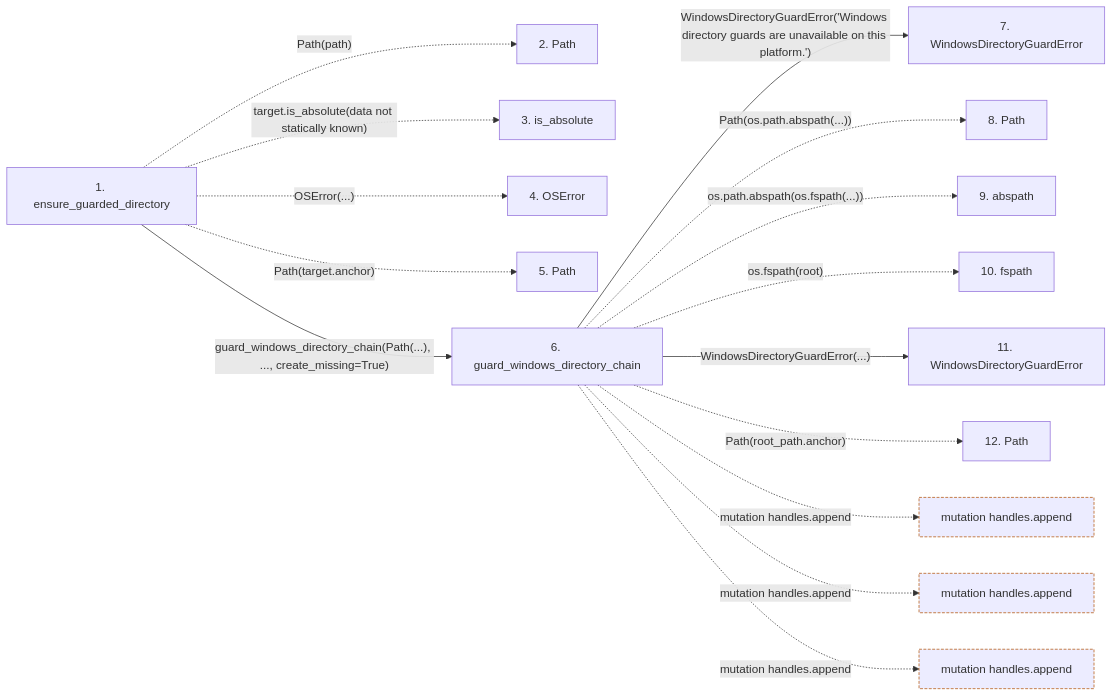
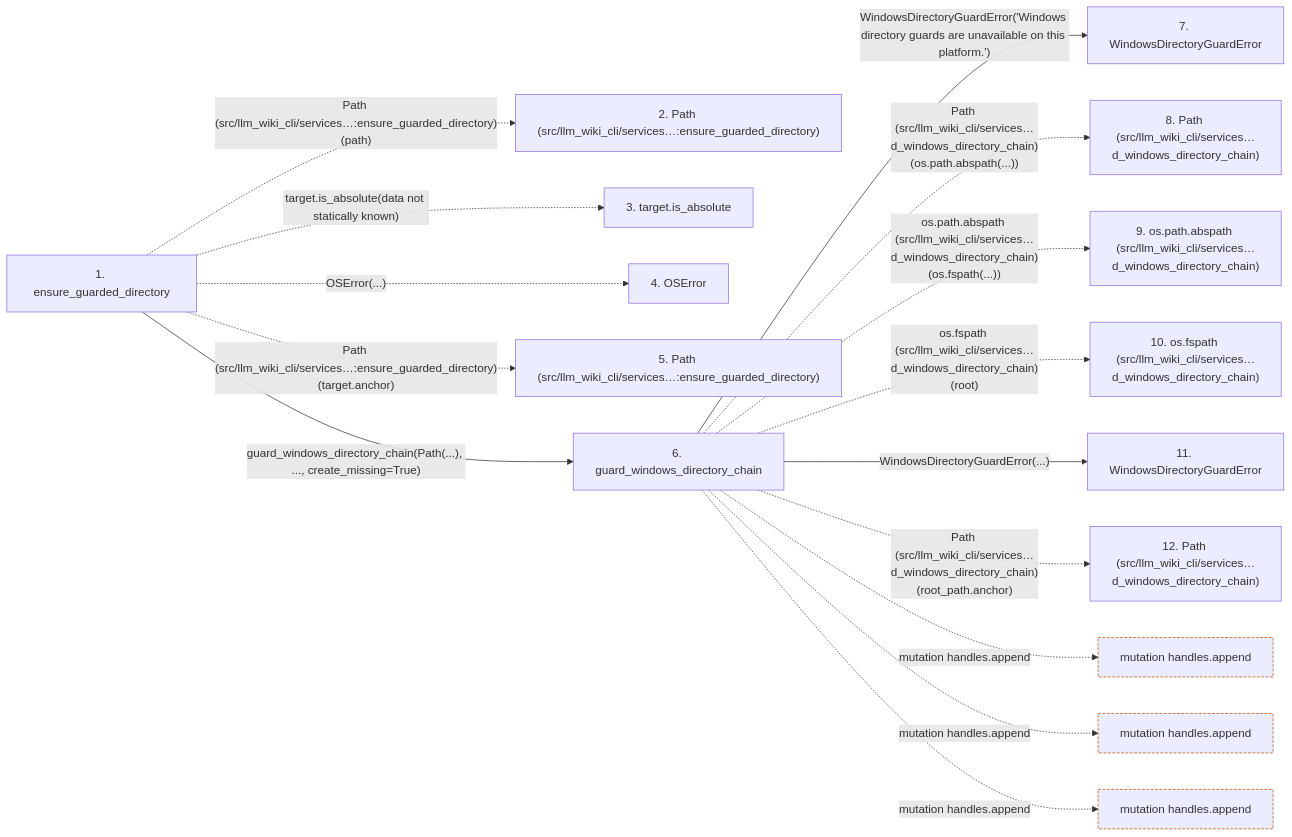
One commit to Denissvgn/python-wiki-llm changed the second of 2 diagrams in docs/llm_wiki/flows/api-ensure_guarded_directory.md. Above: the diagram before and after it, drawn with Mermaid. The commit also changed other lines of this file and 719 other files, not shown here.

````diff
--- a/docs/llm_wiki/flows/api-ensure_guarded_directory.md
+++ b/docs/llm_wiki/flows/api-ensure_guarded_directory.md
@@ -70,40 +73,40 @@
 ```mermaid
 flowchart LR
     s1["1. ensure_guarded_directory"]
-    s2["2. Path"]
-    s3["3. is_absolute"]
+    s2["2. Path (src/llm_wiki_cli/services…:ensure_guarded_directory)"]
+    s3["3. target.is_absolute"]
     s4["4. OSError"]
-    s5["5. Path"]
+    s5["5. Path (src/llm_wiki_cli/services…:ensure_guarded_directory)"]
     s6["6. guard_windows_directory_chain"]
     s7["7. WindowsDirectoryGuardError"]
-    s8["8. Path"]
-    s9["9. abspath"]
-    s10["10. fspath"]
+    s8["8. Path (src/llm_wiki_cli/services…d_windows_directory_chain)"]
+    s9["9. os.path.abspath (src/llm_wiki_cli/services…d_windows_directory_chain)"]
+    s10["10. os.fspath (src/llm_wiki_cli/services…d_windows_directory_chain)"]
     s11["11. WindowsDirectoryGuardError"]
-    s12["12. Path"]
-    s1 -. "Path(path)" .-> s2
+    s12["12. Path (src/llm_wiki_cli/services…d_windows_directory_chain)"]
+    s1 -. "Path (src/llm_wiki_cli/services…:ensure_guarded_directory)(path)" .-> s2
     s1 -. "target.is_absolute(data not statically known)" .-> s3
     s1 -. "OSError(...)" .-> s4
-    s1 -. "Path(target.anchor)" .-> s5
+    s1 -. "Path (src/llm_wiki_cli/services…:ensure_guarded_directory)(target.anchor)" .-> s5
     s1 -->|"guard_windows_directory_chain(Path(...), ..., create_missing=True)"| s6
     s6 -->|"WindowsDirectoryGuardError('Windows directory guards are unavailable on this platform.')"| s7
-    s6 -. "Path(os.path.abspath(...))" .-> s8
-    s6 -. "os.path.abspath(os.fspath(...))" .-> s9
-    s6 -. "os.fspath(root)" .-> s10
+    s6 -. "Path (src/llm_wiki_cli/services…d_windows_directory_chain)(os.path.abspath(...))" .-> s8
+    s6 -. "os.path.abspath (src/llm_wiki_cli/services…d_windows_directory_chain)(os.fspath(...))" .-> s9
+    s6 -. "os.fspath (src/llm_wiki_cli/services…d_windows_directory_chain)(root)" .-> s10
     s6 -->|"WindowsDirectoryGuardError(...)"| s11
-    s6 -. "Path(root_path.anchor)" .-> s12
+    s6 -. "Path (src/llm_wiki_cli/services…d_windows_directory_chain)(root_path.anchor)" .-> s12
     b0["mutation handles.append"]
     s6 -. "mutation handles.append" .-> b0
     b1["mutation handles.append"]
     s6 -. "mutation handles.append" .-> b1
     b2["mutation handles.append"]
     s6 -. "mutation handles.append" .-> b2
     click s1 "../modules/filesystem_guard.md"
     click s6 "../modules/filesystem_guard.md"
     click s7 "../modules/filesystem_guard.md"
     click s11 "../modules/filesystem_guard.md"
     classDef boundary stroke:#b45309,stroke-dasharray: 4 2
     class b0 boundary
     class b1 boundary
     class b2 boundary
 ```
````
